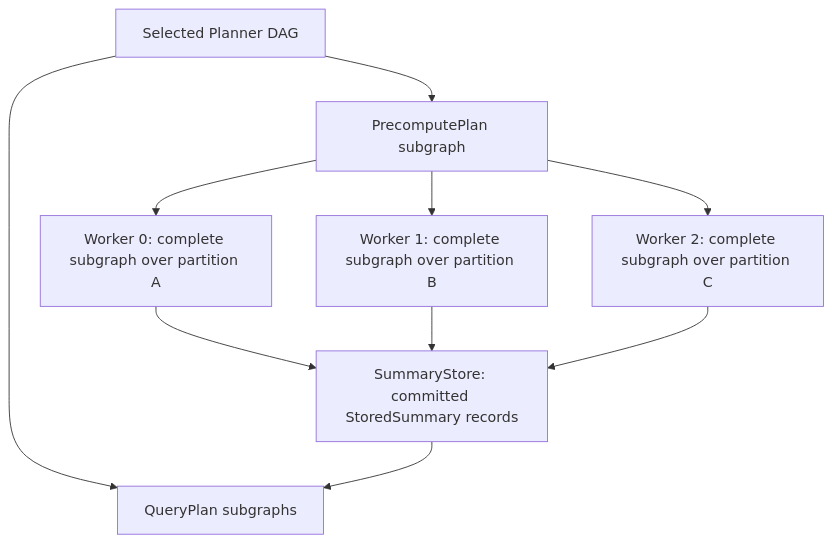
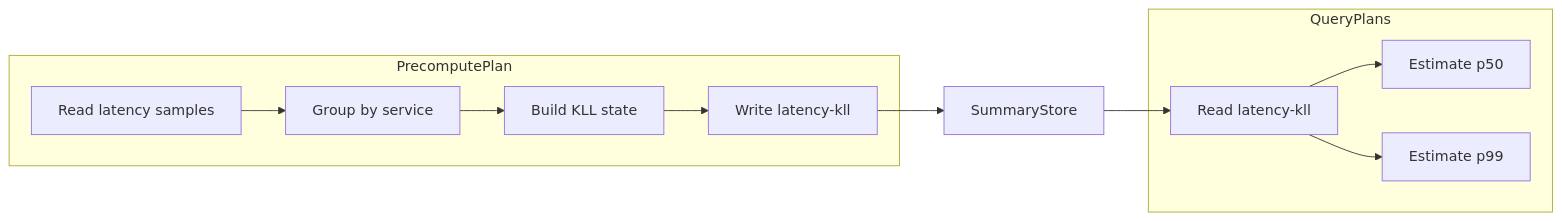
Before and after one commit to ProjectASAP/ASAPQuery-backend: the first of 2 diagrams in docs/design_docs/precompute-dag-execution.md, drawn with Mermaid. The commit also changed other lines of this file, not shown here.

Commit message:
docs: explain precompute DAG design through execution workflow

````diff
--- a/docs/design_docs/precompute-dag-execution.md
+++ b/docs/design_docs/precompute-dag-execution.md
@@ -16,12 +20,14 @@
 ```mermaid
-flowchart TD
-  D[Selected Planner DAG] --> P[PrecomputePlan subgraph]
-  D --> Q[QueryPlan subgraphs]
-  P --> W0[Worker 0: complete subgraph over partition A]
-  P --> W1[Worker 1: complete subgraph over partition B]
-  P --> W2[Worker 2: complete subgraph over partition C]
-  W0 --> S[SummaryStore: committed StoredSummary records]
-  W1 --> S
-  W2 --> S
-  S --> Q
+flowchart LR
+  subgraph P[PrecomputePlan]
+    I[Read latency samples] --> G[Group by service]
+    G --> K[Build KLL state]
+    K --> W[Write latency-kll]
+  end
+  W --> S[SummaryStore]
+  subgraph Q[QueryPlans]
+    R[Read latency-kll] --> P50[Estimate p50]
+    R --> P99[Estimate p99]
+  end
+  S --> R
 ```
````
